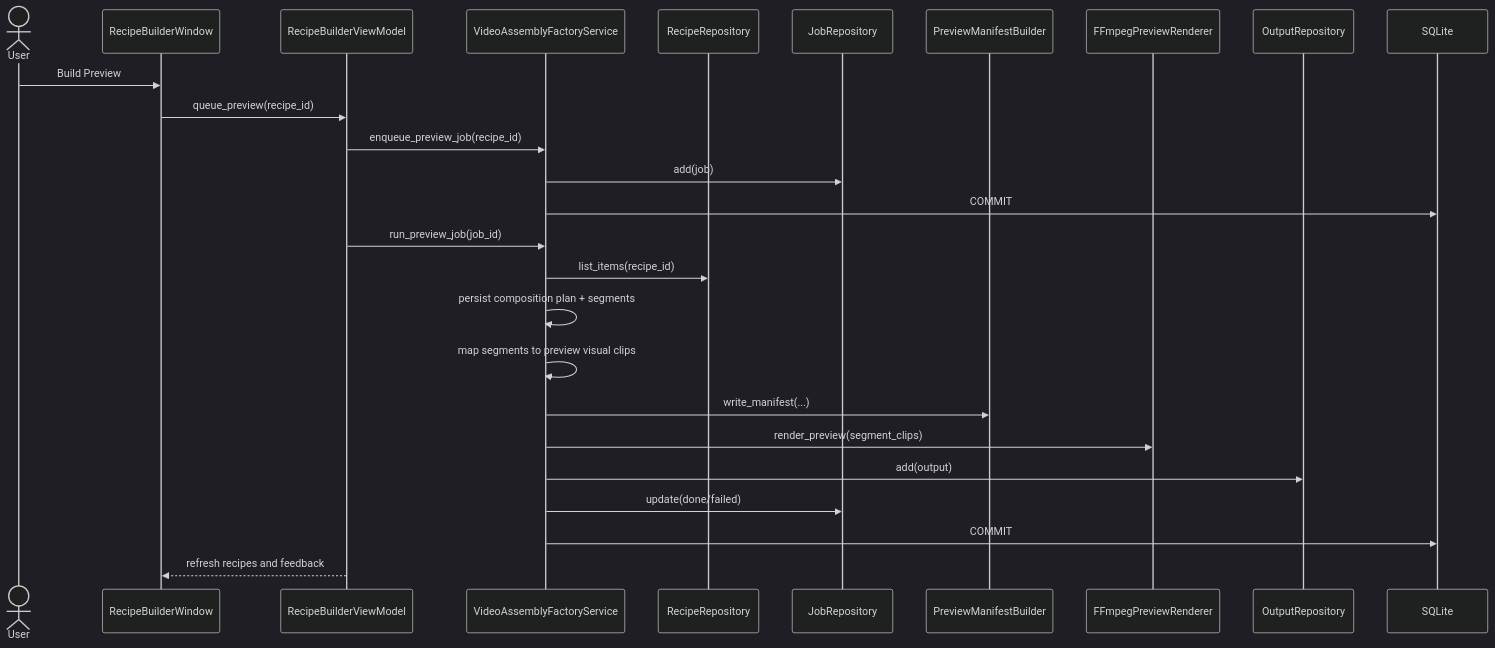
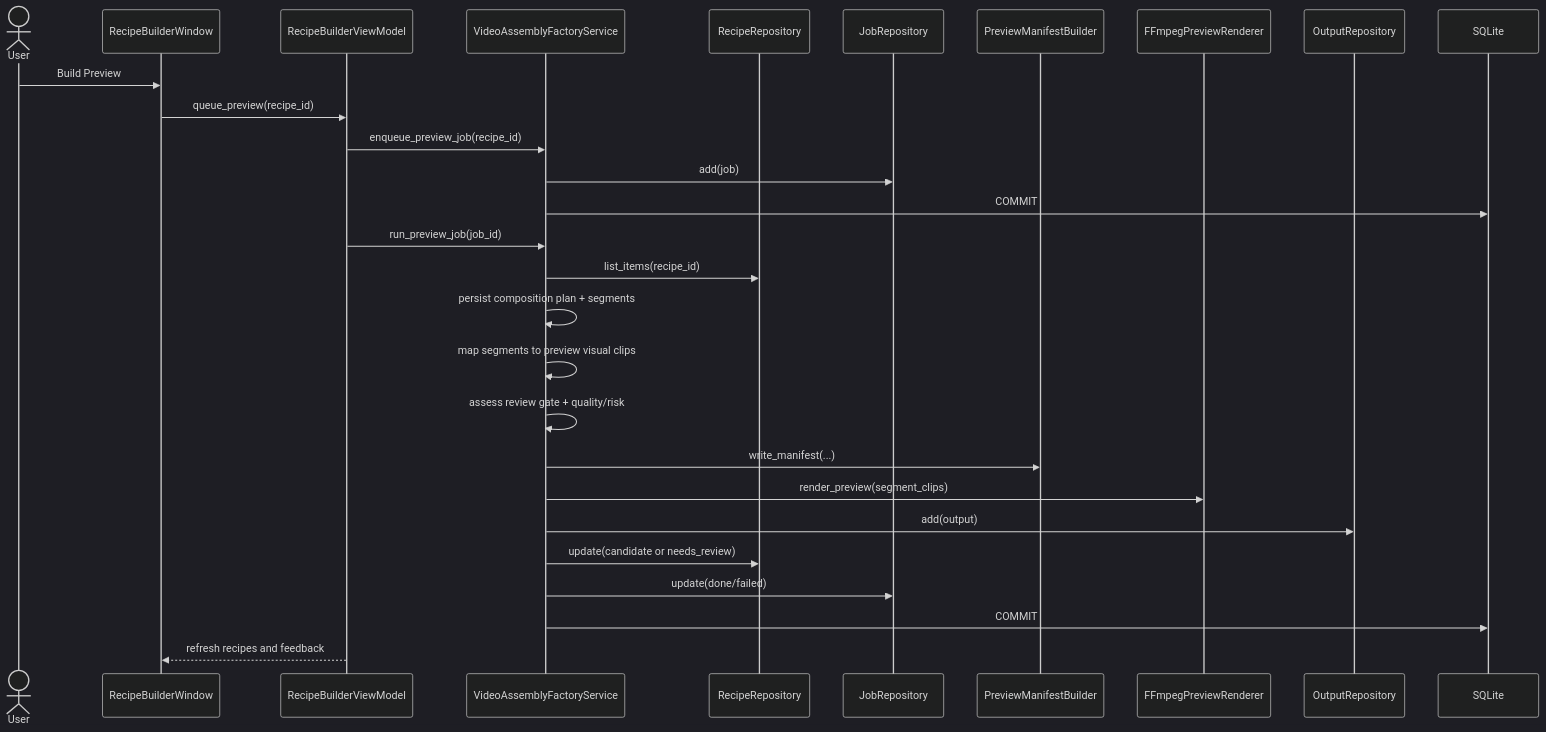
The fourth of 13 diagrams in doc/10_UML_System_Overview.md (idev006/MTClipFactory), drawn with Mermaid (dark theme) before and after one commit. The commit also changed other lines of this file and 29 other files, not shown here.

````diff
--- a/doc/10_UML_System_Overview.md
+++ b/doc/10_UML_System_Overview.md
@@ -285,29 +295,31 @@
 ```mermaid
 sequenceDiagram
     actor User
     participant View as RecipeBuilderWindow
     participant VM as RecipeBuilderViewModel
     participant Factory as VideoAssemblyFactoryService
     participant RecipeRepo as RecipeRepository
     participant JobRepo as JobRepository
     participant Preview as PreviewManifestBuilder
     participant Render as FFmpegPreviewRenderer
     participant Out as OutputRepository
     participant DB as SQLite
 
     User->>View: Build Preview
     View->>VM: queue_preview(recipe_id)
     VM->>Factory: enqueue_preview_job(recipe_id)
     Factory->>JobRepo: add(job)
     Factory->>DB: COMMIT
     VM->>Factory: run_preview_job(job_id)
     Factory->>RecipeRepo: list_items(recipe_id)
     Factory->>Factory: persist composition plan + segments
     Factory->>Factory: map segments to preview visual clips
+    Factory->>Factory: assess review gate + quality/risk
     Factory->>Preview: write_manifest(...)
     Factory->>Render: render_preview(segment_clips)
     Factory->>Out: add(output)
+    Factory->>RecipeRepo: update(candidate or needs_review)
     Factory->>JobRepo: update(done/failed)
     Factory->>DB: COMMIT
     VM-->>View: refresh recipes and feedback
 ```
````
